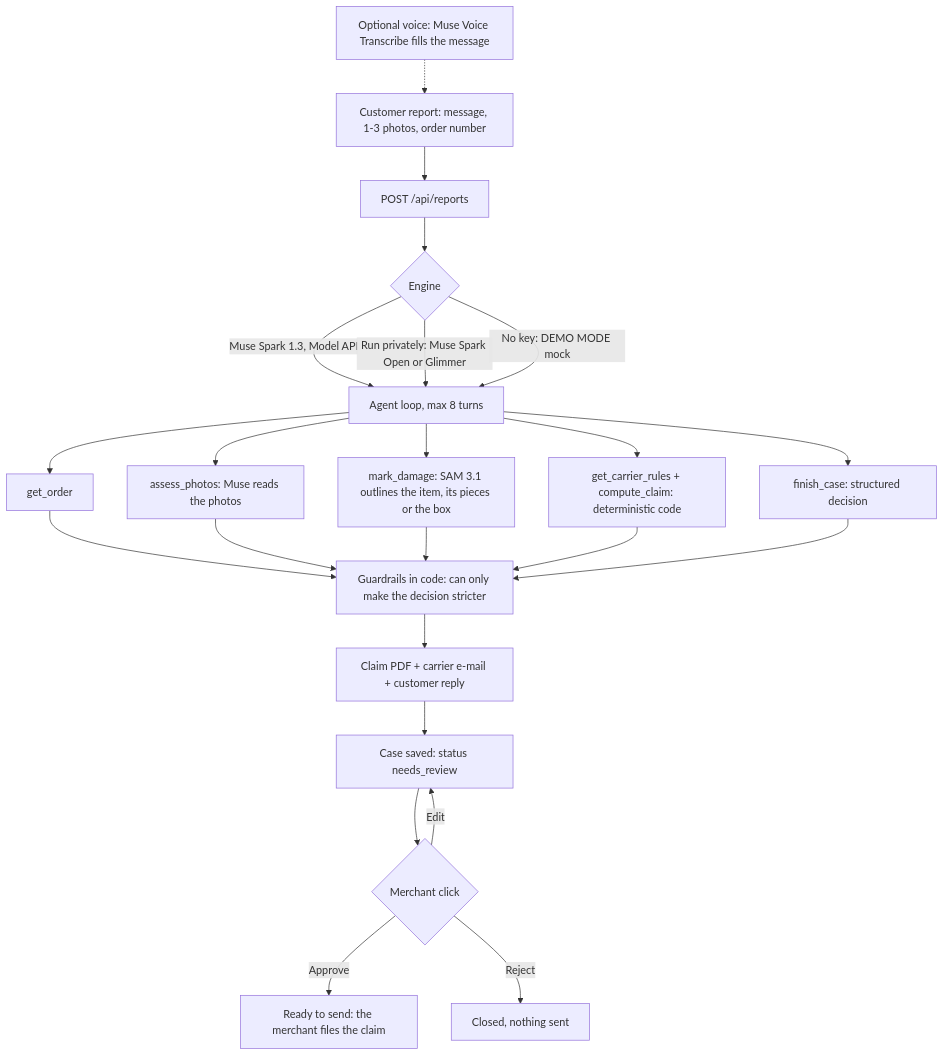
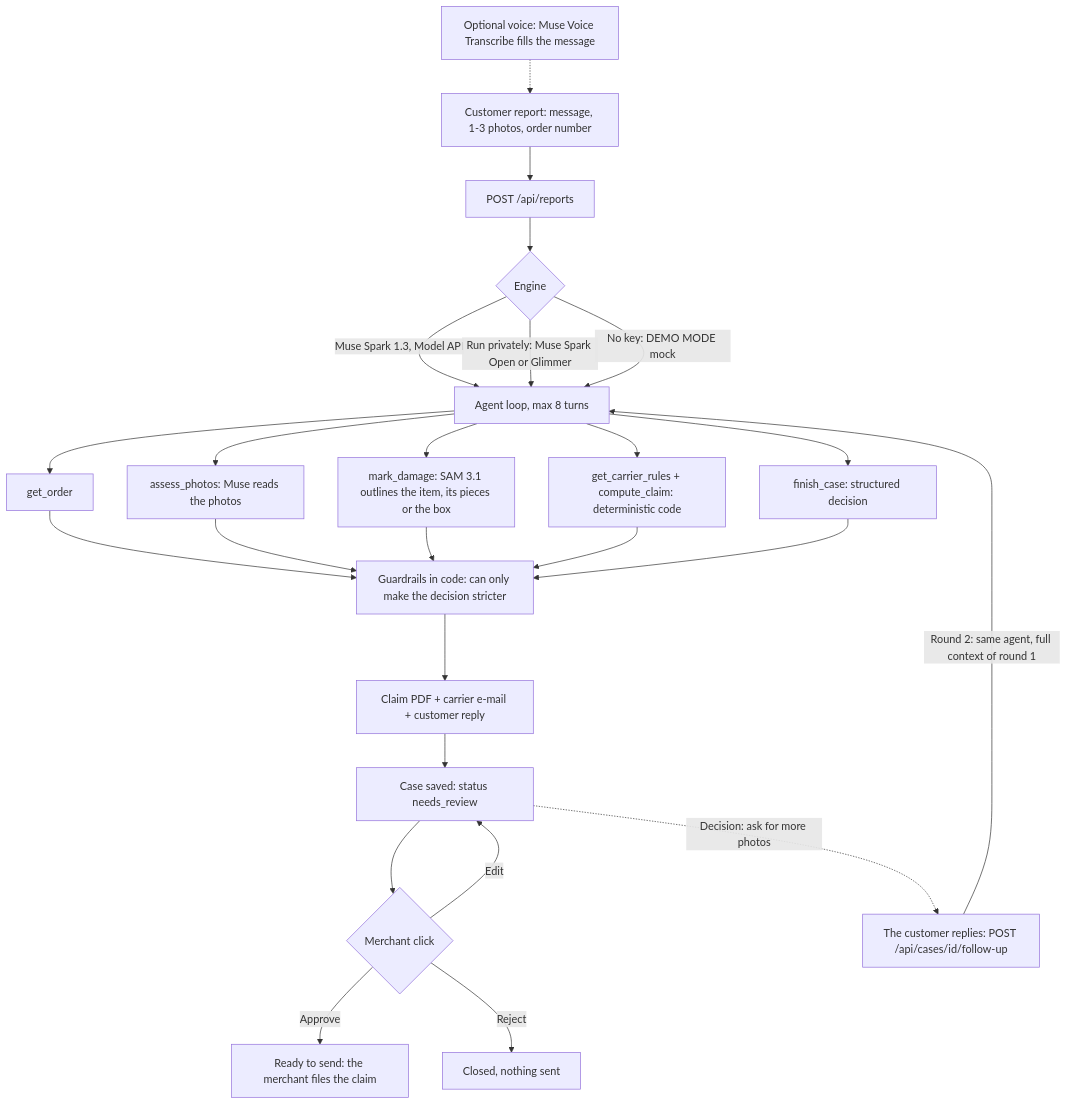
One commit to pablopriefert/gilmend changed the diagram in README.md. Above: the diagram before and after it, drawn with Mermaid. The commit also changed other lines of this file and 42 other files, not shown here.

First line of the commit message:
feat(agent): a follow-up loop, so a case that asks for more photos is not a dead end

````diff
--- a/README.md
+++ b/README.md
@@ -116,21 +124,23 @@
 ```mermaid
 flowchart TD
     V["Optional voice: Muse Voice Transcribe fills the message"] -.-> A
     A["Customer report: message, 1-3 photos, order number"] --> B["POST /api/reports"]
     B --> C{"Engine"}
     C -->|"Muse Spark 1.3, Model API"| D["Agent loop, max 8 turns"]
     C -->|"Run privately: Muse Spark Open or Glimmer"| D
     C -->|"No key: DEMO MODE mock"| D
     D --> T1["get_order"]
     D --> T2["assess_photos: Muse reads the photos"]
     D --> T3["mark_damage: SAM 3.1 outlines the item, its pieces or the box"]
     D --> T4["get_carrier_rules + compute_claim: deterministic code"]
     D --> T5["finish_case: structured decision"]
     T1 & T2 & T3 & T4 & T5 --> G["Guardrails in code: can only make the decision stricter"]
     G --> H["Claim PDF + carrier e-mail + customer reply"]
     H --> I["Case saved: status needs_review"]
     I --> J{"Merchant click"}
     J -->|"Approve"| K["Ready to send: the merchant files the claim"]
     J -->|"Edit"| I
     J -->|"Reject"| L["Closed, nothing sent"]
+    I -.->|"Decision: ask for more photos"| R["The customer replies: POST /api/cases/id/follow-up"]
+    R -->|"Round 2: same agent, full context of round 1"| D
 ```
````
